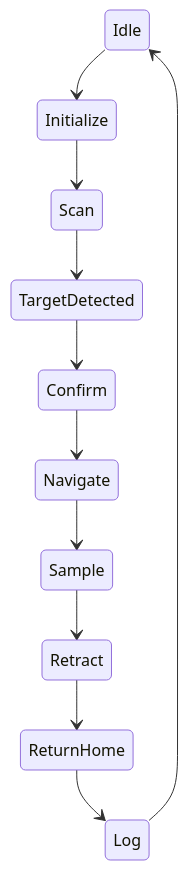
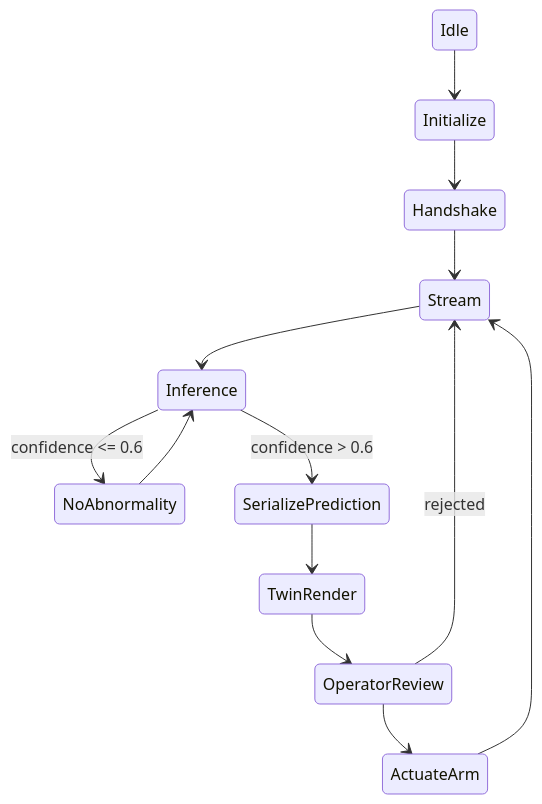
One commit to talhagohar32134/Robotic-Arm-Based-Skin-Tumor-Detection-Intervention-System-Using-Deep-Learning changed the second of 3 diagrams in README.md. Above: the diagram before and after it, drawn with Mermaid. The commit also changed other lines of this file, not shown here.

First line of the commit message:
Update README according to thesis report (MedTwin Pro)

````diff
--- a/README.md
+++ b/README.md
@@ -254,13 +219,15 @@
 ```mermaid
 stateDiagram-v2
   Idle --> Initialize
-  Initialize --> Scan
-  Scan --> TargetDetected
-  TargetDetected --> Confirm
-  Confirm --> Navigate
-  Navigate --> Sample
-  Sample --> Retract
-  Retract --> ReturnHome
-  ReturnHome --> Log
-  Log --> Idle
+  Initialize --> Handshake
+  Handshake --> Stream
+  Stream --> Inference
+  Inference --> NoAbnormality: confidence <= 0.6
+  NoAbnormality --> Inference
+  Inference --> SerializePrediction: confidence > 0.6
+  SerializePrediction --> TwinRender
+  TwinRender --> OperatorReview
+  OperatorReview --> ActuateArm
+  OperatorReview --> Stream: rejected
+  ActuateArm --> Stream
 ```
````
